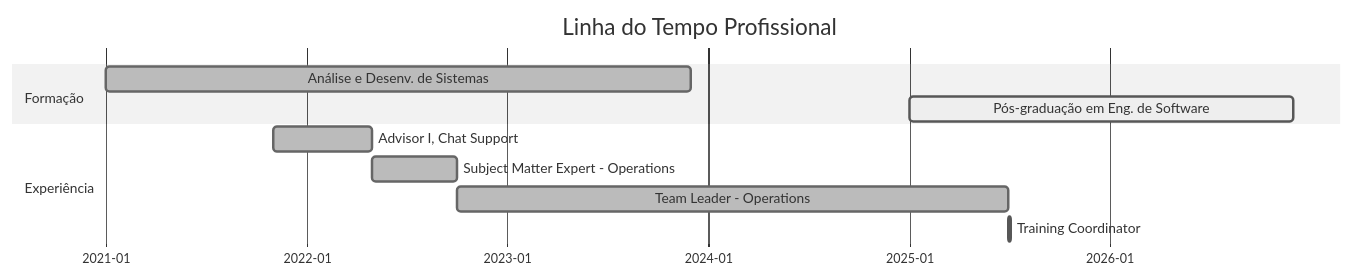
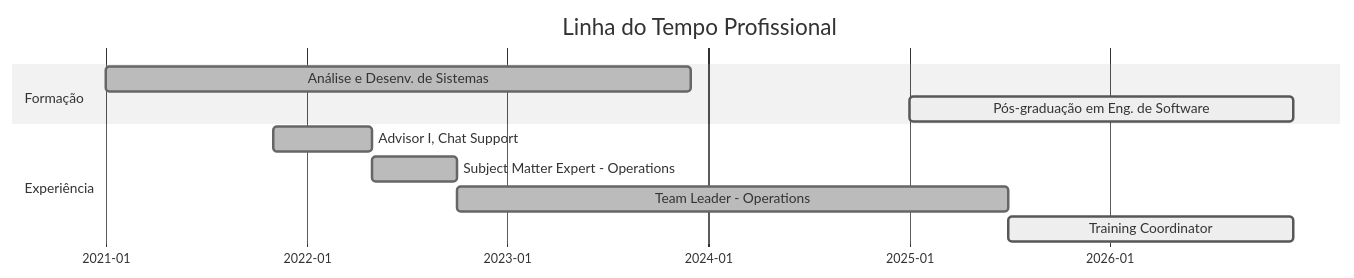
One commit to boltreskh/boltreskh changed the diagram in README.md. Above: the diagram before and after it, drawn with Mermaid (neutral theme).

````diff
--- a/README.md
+++ b/README.md
@@ -56,16 +56,16 @@
 ```mermaid
 gantt
     title Linha do Tempo Profissional
     dateFormat  YYYY-MM-DD
     axisFormat  %Y-%m
 
     section Formação
     Análise e Desenv. de Sistemas :done, 2021-01-01, 2023-12-01
     Pós-graduação em Eng. de Software :active, 2025-01-01, 2026-12-01
 
     section Experiência
     Advisor I, Chat Support :done, 2021-11-01, 2022-05-01
     Subject Matter Expert - Operations :done, 2022-05-01, 2022-10-01
     Team Leader - Operations :done, 2022-10-01, 2025-07-01
-    Training Coordinator :active, 2025-07-01, 2025-07-06
+    Training Coordinator :active, 2025-07-01, 2026-12-01
 ```
````
